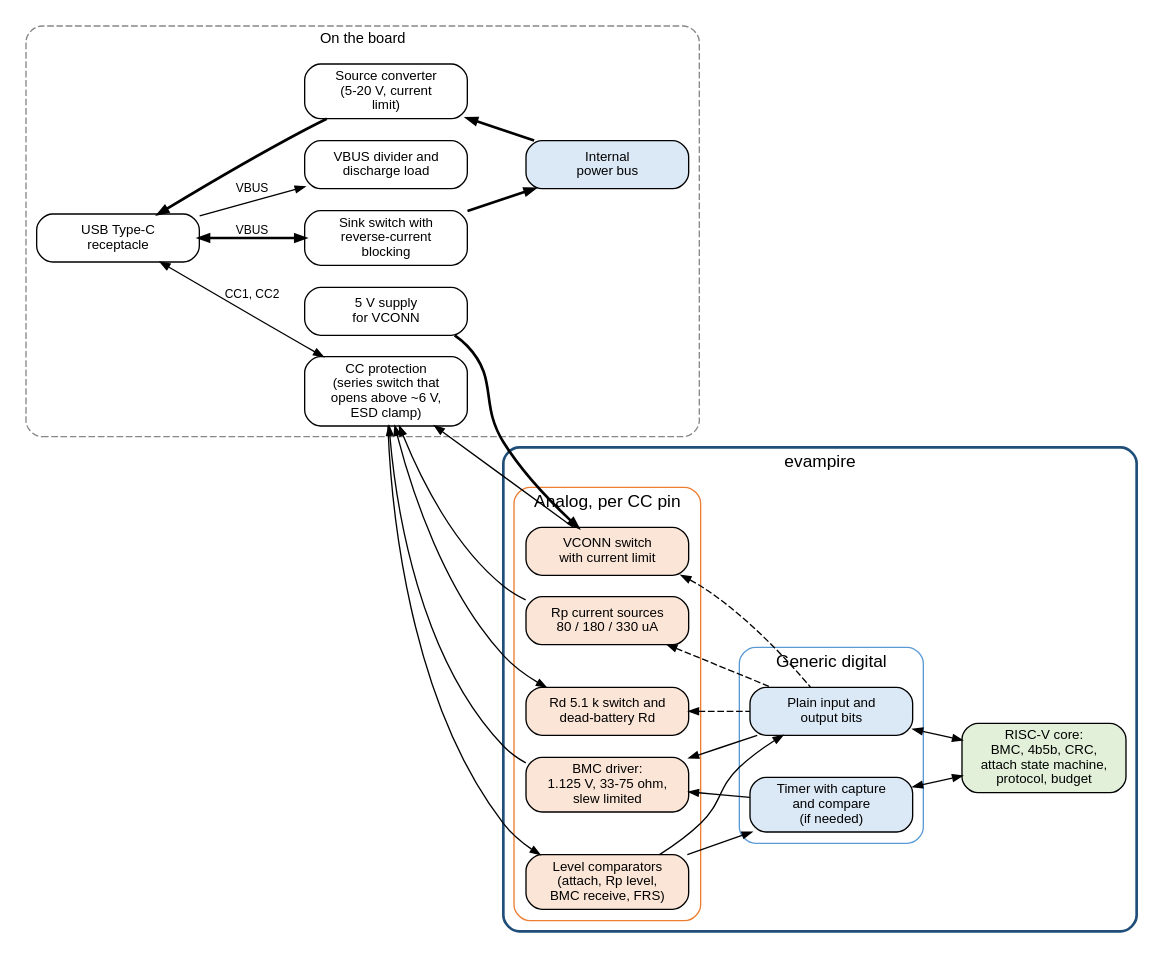
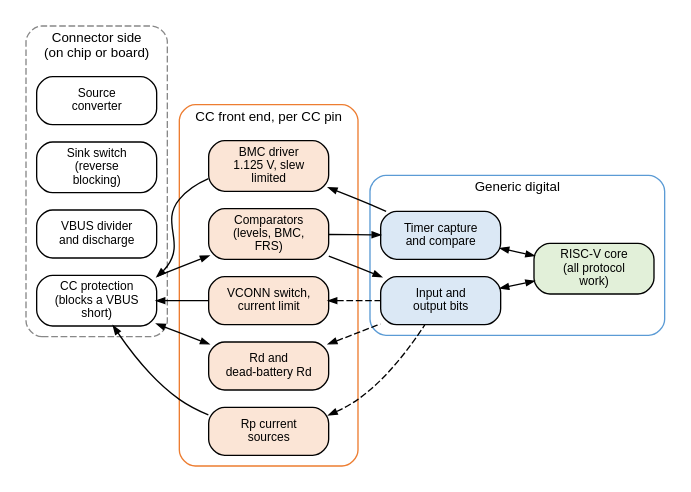
One commit to mithro/evampire changed the diagram in docs/power/usb-pd/port-blocks.dot. Above: the diagram before and after it, drawn with Graphviz. The commit also changed 5 other files, not shown here.

First line of the commit message:
Make USB PD diagrams fit the page width

```diff
--- a/docs/power/usb-pd/port-blocks.dot
+++ b/docs/power/usb-pd/port-blocks.dot
@@ -1,76 +1,60 @@
 // Circuits for one dual-role USB Type-C port controlled by software on the
-// evampire RISC-V core, with the minimum dedicated hardware.
+// evampire RISC-V core, with the minimum dedicated hardware. Blocks marked
+// "on chip or board" are an open placement decision.
 //
 // SPDX-License-Identifier: Apache-2.0
 
 digraph port_blocks {
-    graph [rankdir=LR, fontname="Helvetica", fontsize=11, nodesep=0.22,
-           ranksep=0.5, newrank=true];
+    graph [rankdir=LR, fontname="Helvetica", fontsize=10, nodesep=0.18,
+           ranksep=0.35, newrank=true];
     node  [shape=box, style="rounded,filled", fillcolor="#f2f2f2",
-           fontname="Helvetica", fontsize=10, width=1.7];
-    edge  [fontname="Helvetica", fontsize=9, arrowsize=0.7];
+           fontname="Helvetica", fontsize=9, width=1.25];
+    edge  [fontname="Helvetica", fontsize=8, arrowsize=0.6];
 
-    subgraph cluster_board {
-        label="On the board"; style="rounded,dashed"; color="#888888";
-        conn   [label="USB Type-C\nreceptacle", fillcolor="#ffffff"];
-        prot   [label="CC protection\n(series switch that\nopens above ~6 V,\nESD clamp)", fillcolor="#ffffff"];
-        vconn5 [label="5 V supply\nfor VCONN", fillcolor="#ffffff"];
-        div    [label="VBUS divider and\ndischarge load", fillcolor="#ffffff"];
-        snksw  [label="Sink switch with\nreverse-current\nblocking", fillcolor="#ffffff"];
-        srcconv[label="Source converter\n(5-20 V, current\nlimit)", fillcolor="#ffffff"];
-        bus    [label="Internal\npower bus", fillcolor="#dbe8f5"];
+    subgraph cluster_edge {
+        label="Connector side\n(on chip or board)"; style="rounded,dashed"; color="#888888";
+        prot    [label="CC protection\n(blocks a VBUS\nshort)", fillcolor="#ffffff"];
+        div     [label="VBUS divider\nand discharge", fillcolor="#ffffff"];
+        snksw   [label="Sink switch\n(reverse\nblocking)", fillcolor="#ffffff"];
+        srcconv [label="Source\nconverter", fillcolor="#ffffff"];
     }
 
-    subgraph cluster_chip {
-        label="evampire"; style="rounded,bold"; color="#1f4e79"; fontsize=13;
+    subgraph cluster_analog {
+        label="CC front end, per CC pin"; style="rounded"; color="#ed7d31";
+        rp    [label="Rp current\nsources", fillcolor="#fbe5d6"];
+        rd    [label="Rd and\ndead-battery Rd", fillcolor="#fbe5d6"];
+        vsw   [label="VCONN switch,\ncurrent limit", fillcolor="#fbe5d6"];
+        cmp   [label="Comparators\n(levels, BMC,\nFRS)", fillcolor="#fbe5d6"];
+        drv   [label="BMC driver\n1.125 V, slew\nlimited", fillcolor="#fbe5d6"];
+    }
 
-        subgraph cluster_analog {
-            label="Analog, per CC pin"; style="rounded"; color="#ed7d31";
-            rp    [label="Rp current sources\n80 / 180 / 330 uA", fillcolor="#fbe5d6"];
-            rd    [label="Rd 5.1 k switch and\ndead-battery Rd", fillcolor="#fbe5d6"];
-            vsw   [label="VCONN switch\nwith current limit", fillcolor="#fbe5d6"];
-            cmp   [label="Level comparators\n(attach, Rp level,\nBMC receive, FRS)", fillcolor="#fbe5d6"];
-            drv   [label="BMC driver:\n1.125 V, 33-75 ohm,\nslew limited", fillcolor="#fbe5d6"];
-        }
-
-        subgraph cluster_digital {
-            label="Generic digital"; style="rounded"; color="#5b9bd5";
-            gpio [label="Plain input and\noutput bits", fillcolor="#dbe8f5"];
-            tmr  [label="Timer with capture\nand compare\n(if needed)", fillcolor="#dbe8f5"];
-        }
-
-        cpu [label="RISC-V core:\nBMC, 4b5b, CRC,\nattach state machine,\nprotocol, budget", fillcolor="#e2f0d9"];
+    subgraph cluster_digital {
+        label="Generic digital"; style="rounded"; color="#5b9bd5";
+        gpio [label="Input and\noutput bits", fillcolor="#dbe8f5"];
+        tmr  [label="Timer capture\nand compare", fillcolor="#dbe8f5"];
+        cpu  [label="RISC-V core\n(all protocol\nwork)", fillcolor="#e2f0d9"];
     }
 
     { rank=same; prot; div; snksw; srcconv; }
     { rank=same; rp; rd; vsw; cmp; drv; }
     { rank=same; gpio; tmr; }
 
     rp -> rd -> vsw -> cmp -> drv [style=invis];
-    gpio -> tmr [style=invis];
-
-    conn -> prot [label="CC1, CC2", dir=both];
-    conn -> div [label="VBUS"];
-    conn -> snksw [label="VBUS", penwidth=2, dir=both];
-    snksw -> bus [penwidth=2];
-    bus -> srcconv [penwidth=2];
-    srcconv -> conn [penwidth=2, constraint=false];
-    vconn5 -> vsw [penwidth=2];
+    prot -> div -> snksw -> srcconv [style=invis];
 
     prot -> rp [dir=back];
     prot -> rd [dir=both];
     prot -> vsw [dir=back];
     prot -> cmp;
     prot -> drv [dir=back];
 
     rp -> gpio [dir=back, style=dashed];
     rd -> gpio [dir=back, style=dashed];
     vsw -> gpio [dir=back, style=dashed];
     cmp -> tmr;
     cmp -> gpio;
     drv -> tmr [dir=back];
-    drv -> gpio [dir=back];
 
     gpio -> cpu [dir=both];
     tmr -> cpu [dir=both];
 }
```
